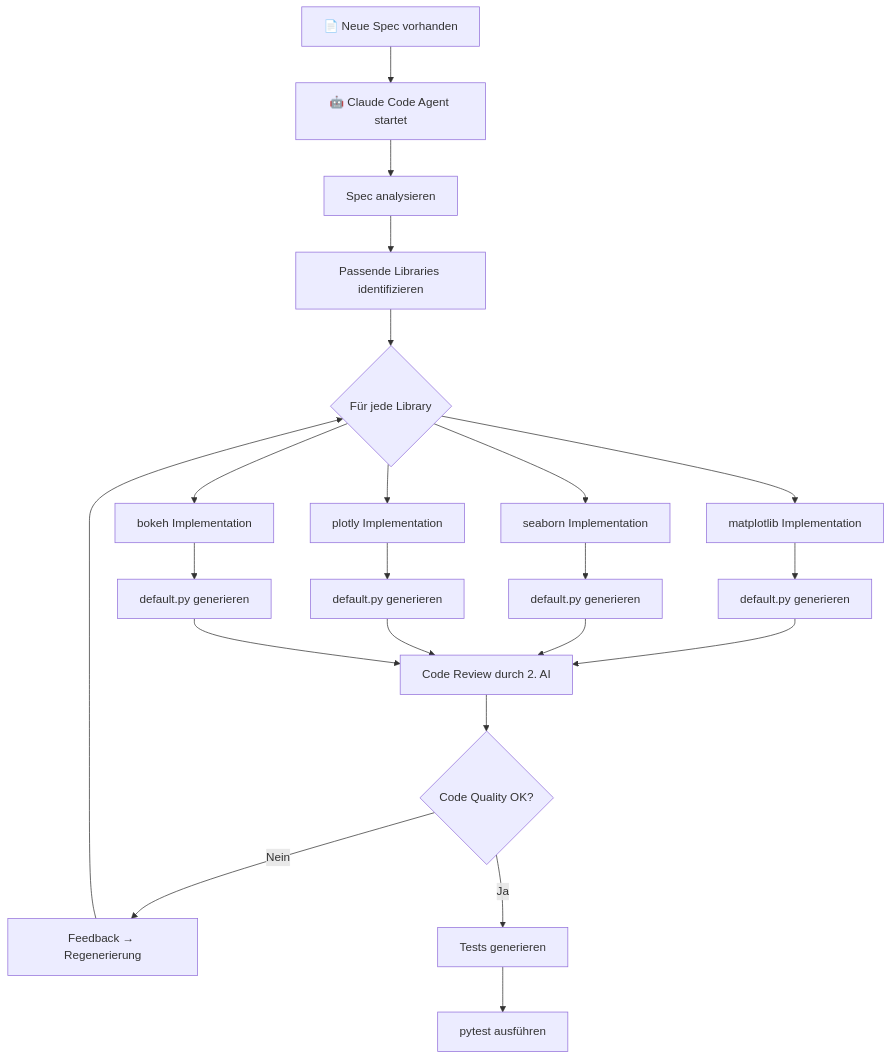
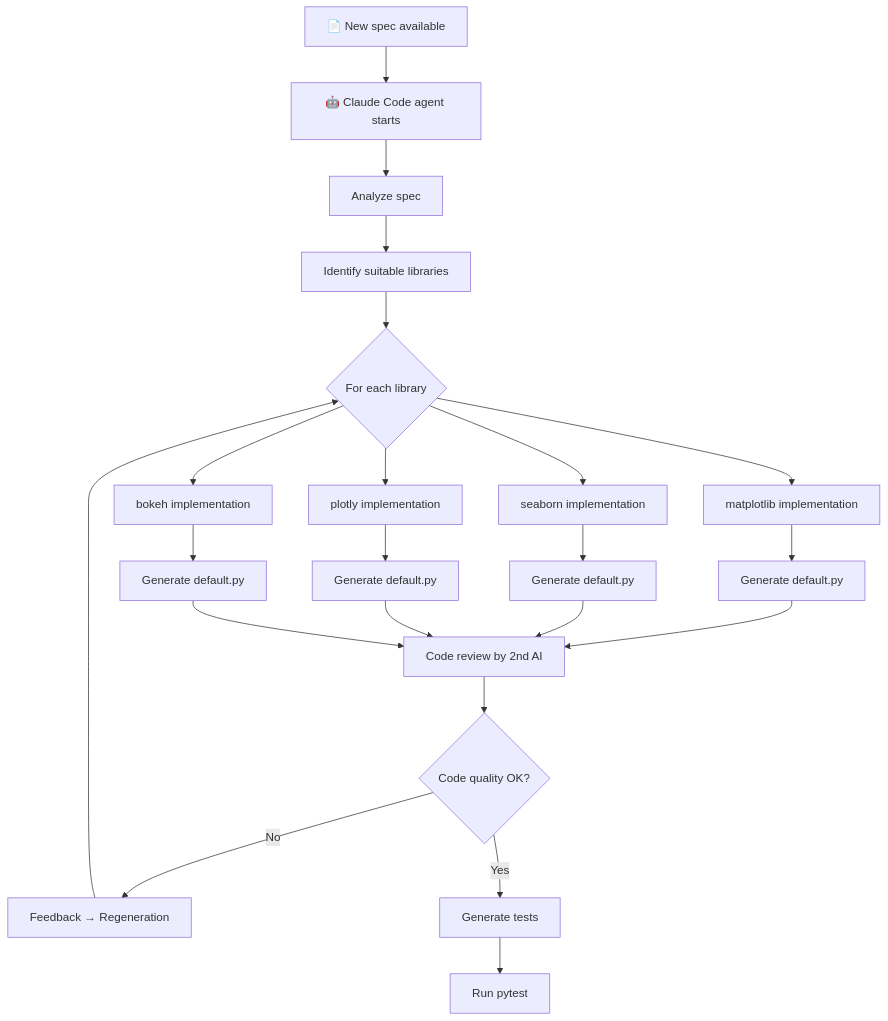
The third of 9 diagrams in docs/workflow.md (MarkusNeusinger/pyplots), drawn with Mermaid before and after one commit. The commit also changed other lines of this file, not shown here.

````diff
--- a/docs/workflow.md
+++ b/docs/workflow.md
@@ -69,27 +69,27 @@
 ```mermaid
 graph TD
-    A[📄 Neue Spec vorhanden] --> B[🤖 Claude Code Agent startet]
-    B --> C[Spec analysieren]
-    C --> D[Passende Libraries identifizieren]
-    D --> E{Für jede Library}
-    E --> F1[matplotlib Implementation]
-    E --> F2[seaborn Implementation]
-    E --> F3[plotly Implementation]
-    E --> F4[bokeh Implementation]
+    A[📄 New spec available] --> B[🤖 Claude Code agent starts]
+    B --> C[Analyze spec]
+    C --> D[Identify suitable libraries]
+    D --> E{For each library}
+    E --> F1[matplotlib implementation]
+    E --> F2[seaborn implementation]
+    E --> F3[plotly implementation]
+    E --> F4[bokeh implementation]
 
-    F1 --> G1[default.py generieren]
-    F2 --> G2[default.py generieren]
-    F3 --> G3[default.py generieren]
-    F4 --> G4[default.py generieren]
+    F1 --> G1[Generate default.py]
+    F2 --> G2[Generate default.py]
+    F3 --> G3[Generate default.py]
+    F4 --> G4[Generate default.py]
 
-    G1 --> H[Code Review durch 2. AI]
+    G1 --> H[Code review by 2nd AI]
     G2 --> H
     G3 --> H
     G4 --> H
 
-    H --> I{Code Quality OK?}
-    I -->|Nein| J[Feedback → Regenerierung]
+    H --> I{Code quality OK?}
+    I -->|No| J[Feedback → Regeneration]
     J --> E
-    I -->|Ja| K[Tests generieren]
-    K --> L[pytest ausführen]
+    I -->|Yes| K[Generate tests]
+    K --> L[Run pytest]
 ```
````
